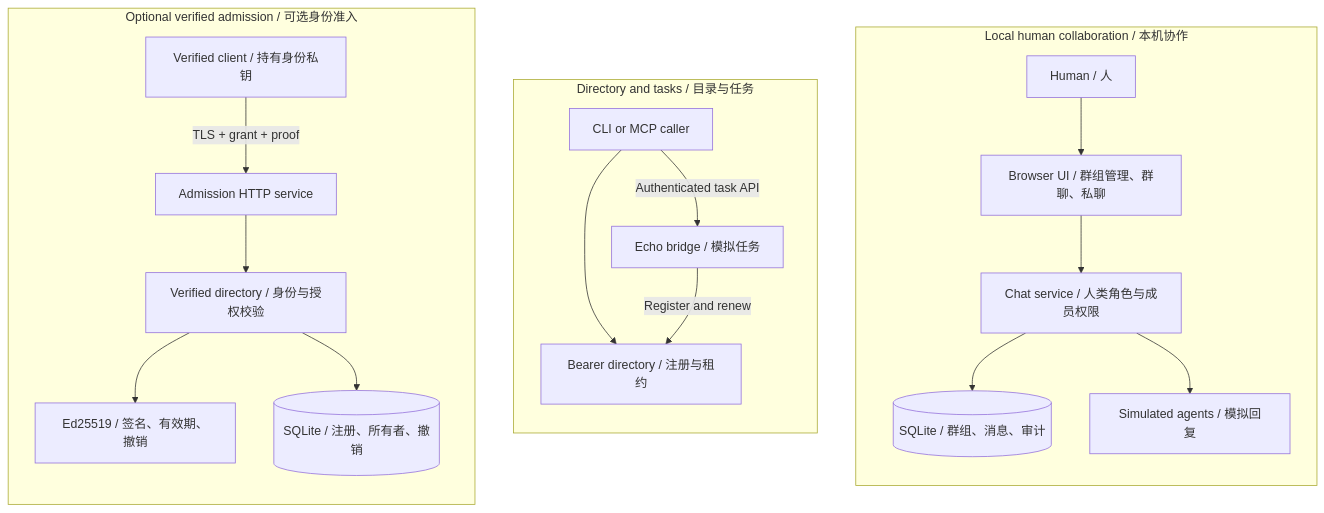
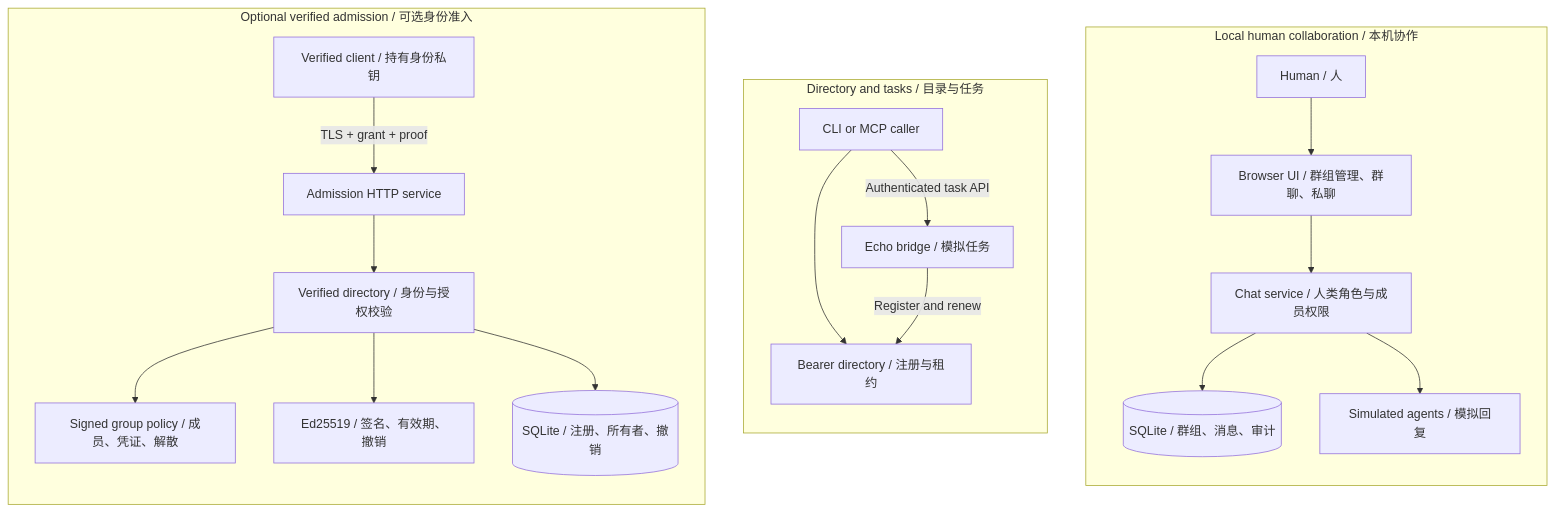
One commit to lgdu/tailnet-agents changed the first of 2 diagrams in README.md. Above: the diagram before and after it, drawn with Mermaid. The commit also changed other lines of this file and 15 other files, not shown here.

First line of the commit message:
feat: enforce durable signed group policies in verified admission

````diff
--- a/README.md
+++ b/README.md
@@ -34,23 +35,24 @@
 ```mermaid
 flowchart TB
   subgraph CHAT["Local human collaboration / 本机协作"]
     direction TB
     H["Human / 人"] --> UI["Browser UI / 群组管理、群聊、私聊"]
     UI --> CS["Chat service / 人类角色与成员权限"]
     CS --> DB[("SQLite / 群组、消息、审计")]
     CS --> SIM["Simulated agents / 模拟回复"]
   end
   subgraph TASK["Directory and tasks / 目录与任务"]
     direction TB
     CALL["CLI or MCP caller"] --> REG["Bearer directory / 注册与租约"]
     CALL -->|"Authenticated task API"| ECHO["Echo bridge / 模拟任务"]
     ECHO -->|"Register and renew"| REG
   end
   subgraph VERIFY["Optional verified admission / 可选身份准入"]
     direction TB
     VC["Verified client / 持有身份私钥"] -->|"TLS + grant + proof"| API["Admission HTTP service"]
     API --> VD["Verified directory / 身份与授权校验"]
+    VD --> GP["Signed group policy / 成员、凭证、解散"]
     VD --> ID["Ed25519 / 签名、有效期、撤销"]
     VD --> VDB[("SQLite / 注册、所有者、撤销")]
   end
 ```
````
